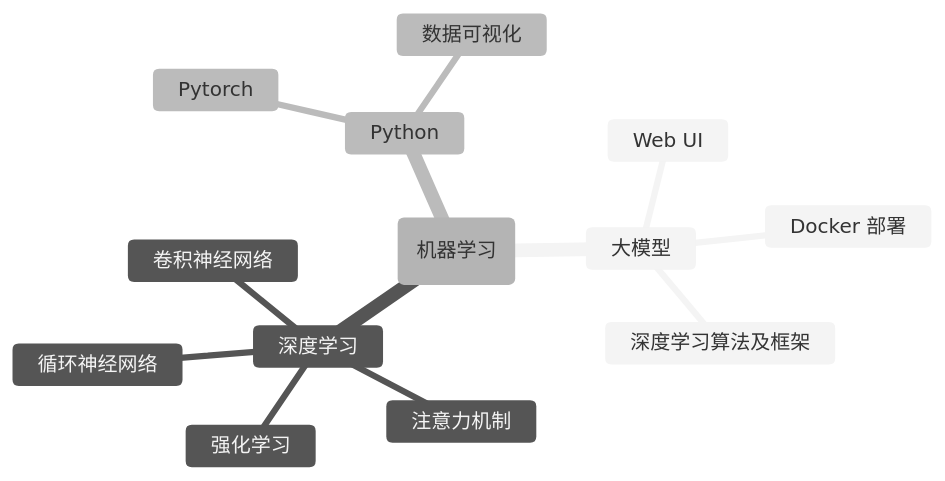
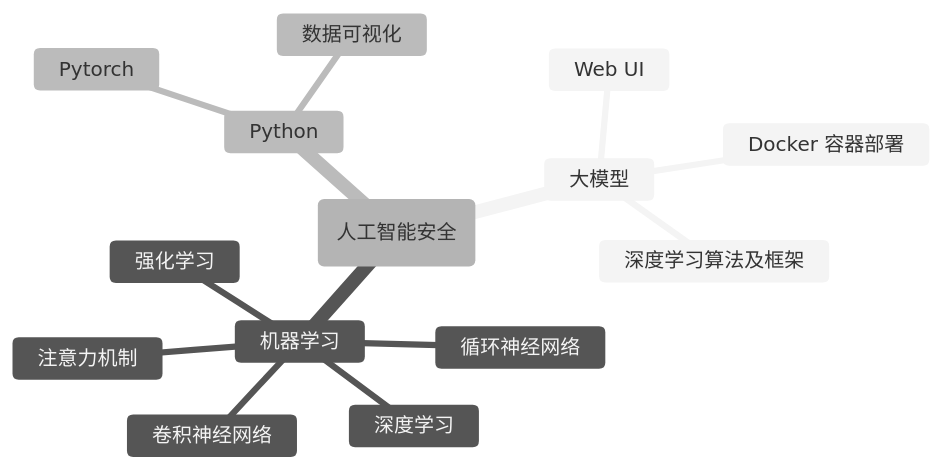
One commit to Arkrypto/Bears-PPT changed the second of 2 diagrams in slides.md. Above: the diagram before and after it, drawn with Mermaid (neutral theme). The commit also changed other lines of this file and 2 other files, not shown here.

````diff
--- a/slides.md
+++ b/slides.md
@@ -343,16 +359,17 @@
 ```mermaid
 mindmap
-  root(机器学习)
+  root(人工智能安全)
     大模型
       Web UI
-      Docker 部署
+      Docker 容器部署
       深度学习算法及框架
-    深度学习
+    机器学习
+      深度学习
       卷积神经网络
       注意力机制
       循环神经网络
       强化学习
     Python
       Pytorch
       数据可视化
 ```
````
